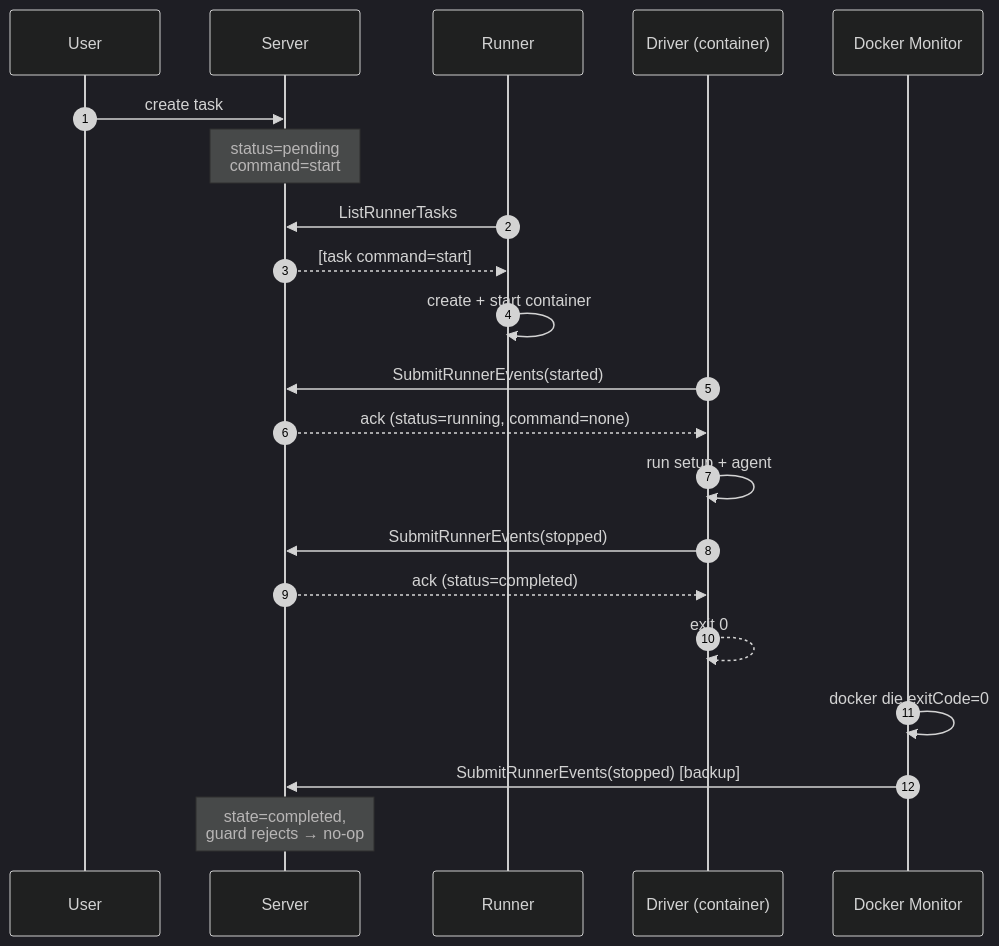
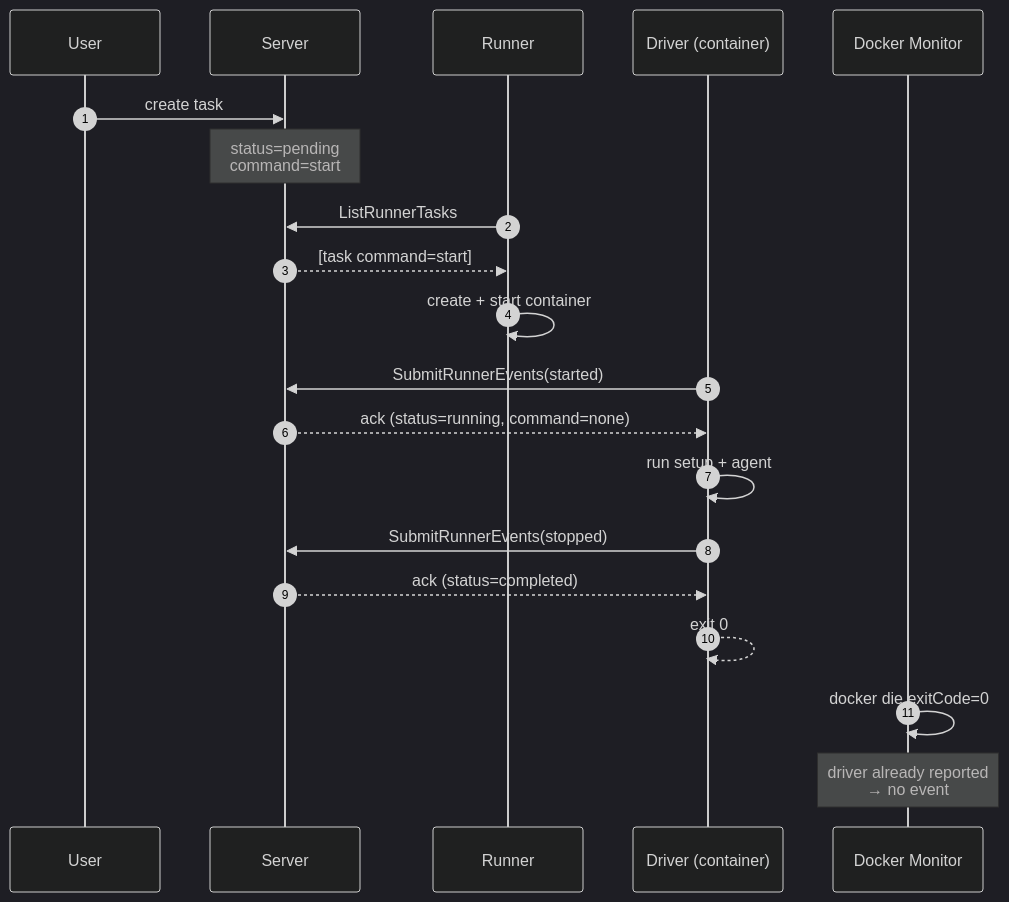
The first of 9 diagrams in proposals/accepted/driver-owned-events.md (icholy/xagent), drawn with Mermaid (dark theme) before and after one commit. The commit also changed other lines of this file, not shown here.

First line of the commit message:
proposal: emit runner events only when the driver cannot report

````diff
--- a/proposals/accepted/driver-owned-events.md
+++ b/proposals/accepted/driver-owned-events.md
@@ -92,24 +89,23 @@
 ```mermaid
 sequenceDiagram
     autonumber
     participant U as User
     participant S as Server
     participant R as Runner
     participant D as Driver (container)
     participant M as Docker Monitor
 
     U->>S: create task
     Note over S: status=pending<br/>command=start
     R->>S: ListRunnerTasks
     S-->>R: [task command=start]
     R->>R: create + start container
     D->>S: SubmitRunnerEvents(started)
     S-->>D: ack (status=running, command=none)
     D->>D: run setup + agent
     D->>S: SubmitRunnerEvents(stopped)
     S-->>D: ack (status=completed)
     D-->>D: exit 0
     M->>M: docker die exitCode=0
-    M->>S: SubmitRunnerEvents(stopped) [backup]
-    Note over S: state=completed,<br/>guard rejects → no-op
+    Note over M: driver already reported<br/>→ no event
 ```
````
